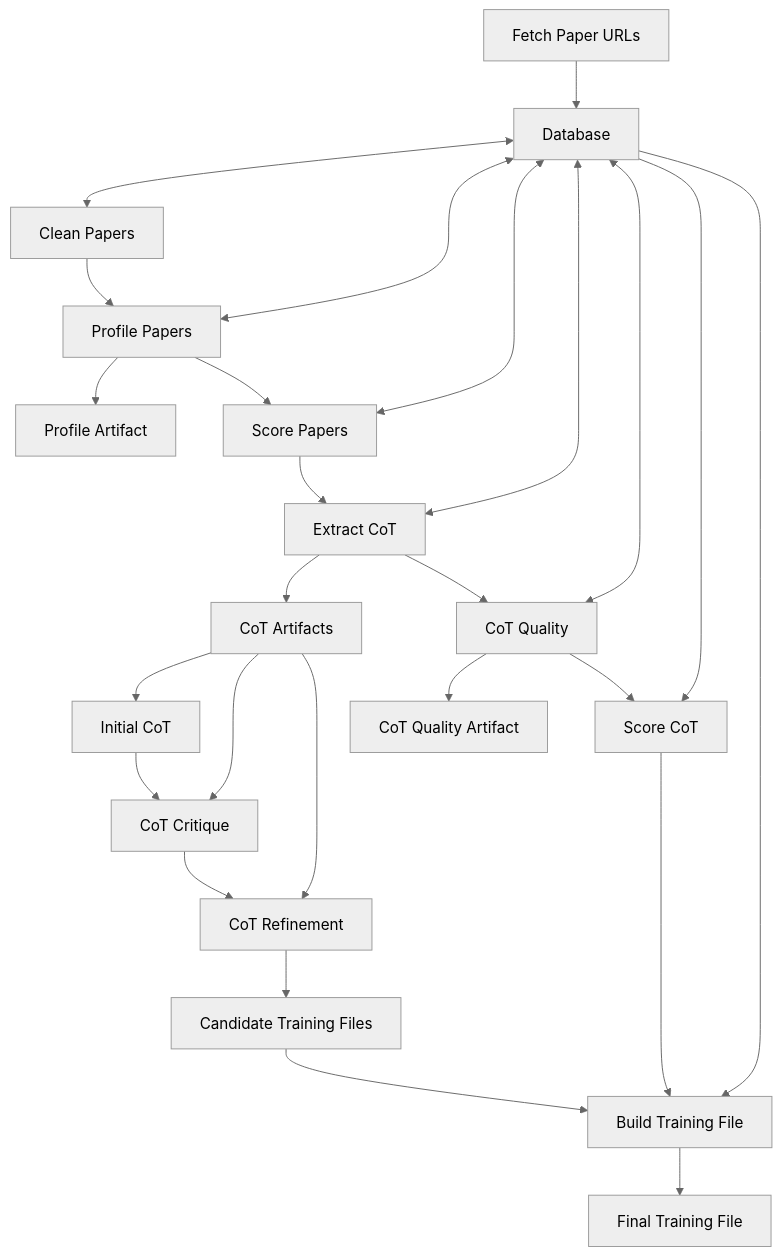
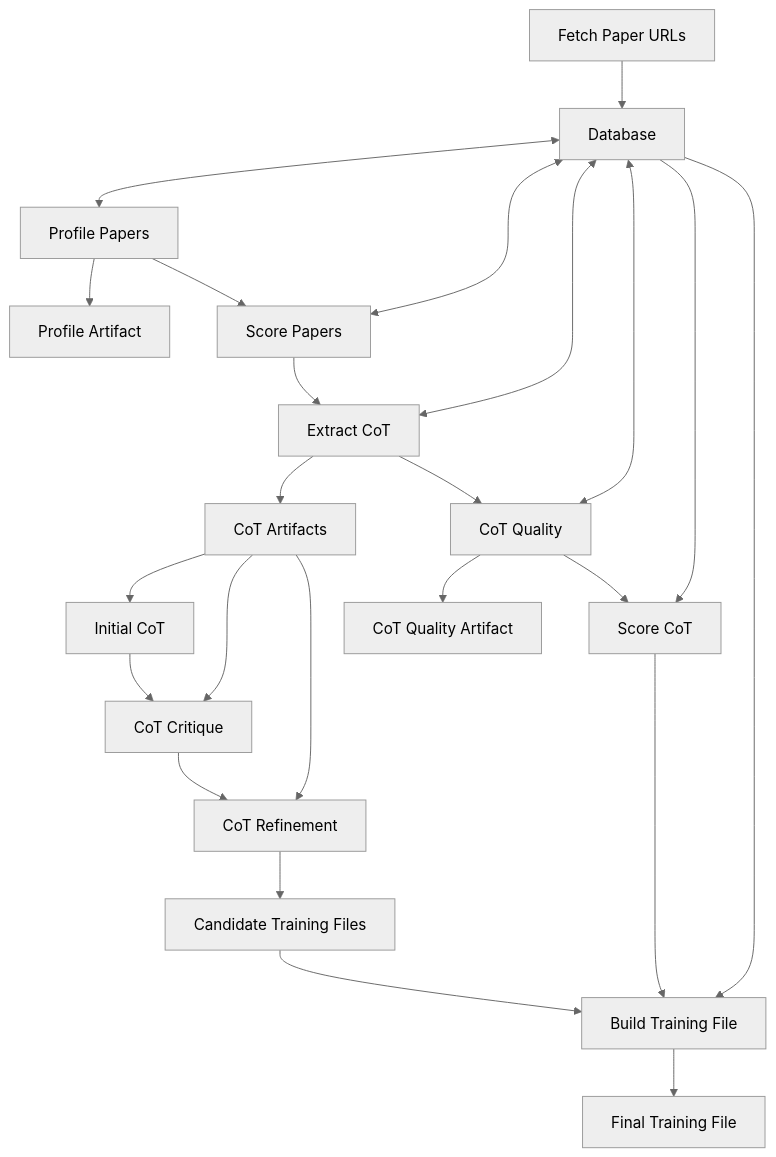
One commit to thehunmonkgroup/raspberry-paper-to-cot-pipeline changed the diagram in misc/pipeline-diagram.mmd. Above: the diagram before and after it, drawn with Mermaid (neutral theme). The commit also changed 9 other files, not shown here.

```diff
--- a/misc/pipeline-diagram.mmd
+++ b/misc/pipeline-diagram.mmd
@@ -1,26 +1,24 @@
 flowchart TD
     A[Fetch Paper URLs] --> B[Database]
-    B <--> D[Clean Papers]
     B <--> E[Profile Papers]
     B <--> F[Score Papers]
     B <--> G[Extract CoT]
     B <--> H[CoT Quality]
     B --> I[Score CoT]
     B --> J[Build Training File]
     E --> K[Profile Artifact]
     G --> L[CoT Artifacts]
     H --> M[CoT Quality Artifact]
     J --> N[Final Training File]
     L --> O[Initial CoT]
     L --> P[CoT Critique]
     L --> Q[CoT Refinement]
     Q --> R[Candidate Training Files]
     R --> J
-    D --> E
     E --> F
     F --> G
     G --> H
     H --> I
     I --> J
     O --> P
     P --> Q
```
